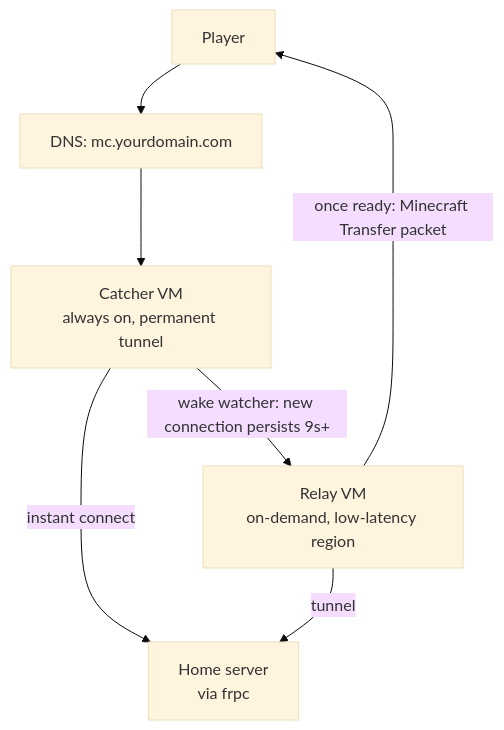
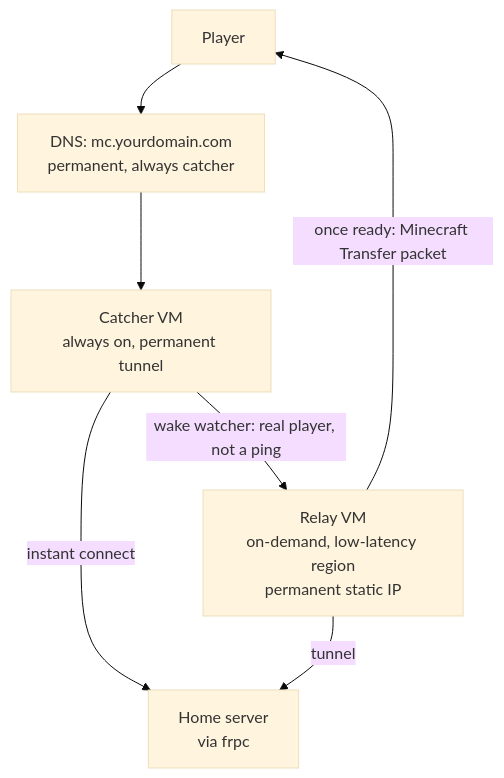
Before and after one commit to mliem2k/mc-serverless-proxy: the diagram in README.md, drawn with Mermaid (base theme). The commit also changed other lines of this file and 12 other files, not shown here.

````diff
--- a/README.md
+++ b/README.md
@@ -52,9 +52,9 @@
 ```mermaid
 flowchart TD
-    Player[Player] --> DNS["DNS: mc.yourdomain.com"]
+    Player[Player] --> DNS["DNS: mc.yourdomain.com<br/>permanent, always catcher"]
     DNS --> Catcher["Catcher VM<br/>always on, permanent tunnel"]
     Catcher -- "instant connect" --> Home["Home server<br/>via frpc"]
-    Catcher -- "wake watcher: new connection persists 9s+" --> Relay["Relay VM<br/>on-demand, low-latency region"]
+    Catcher -- "wake watcher: real player, not a ping" --> Relay["Relay VM<br/>on-demand, low-latency region<br/>permanent static IP"]
     Relay -- "once ready: Minecraft Transfer packet" --> Player
     Relay -- "tunnel" --> Home
 ```
````
